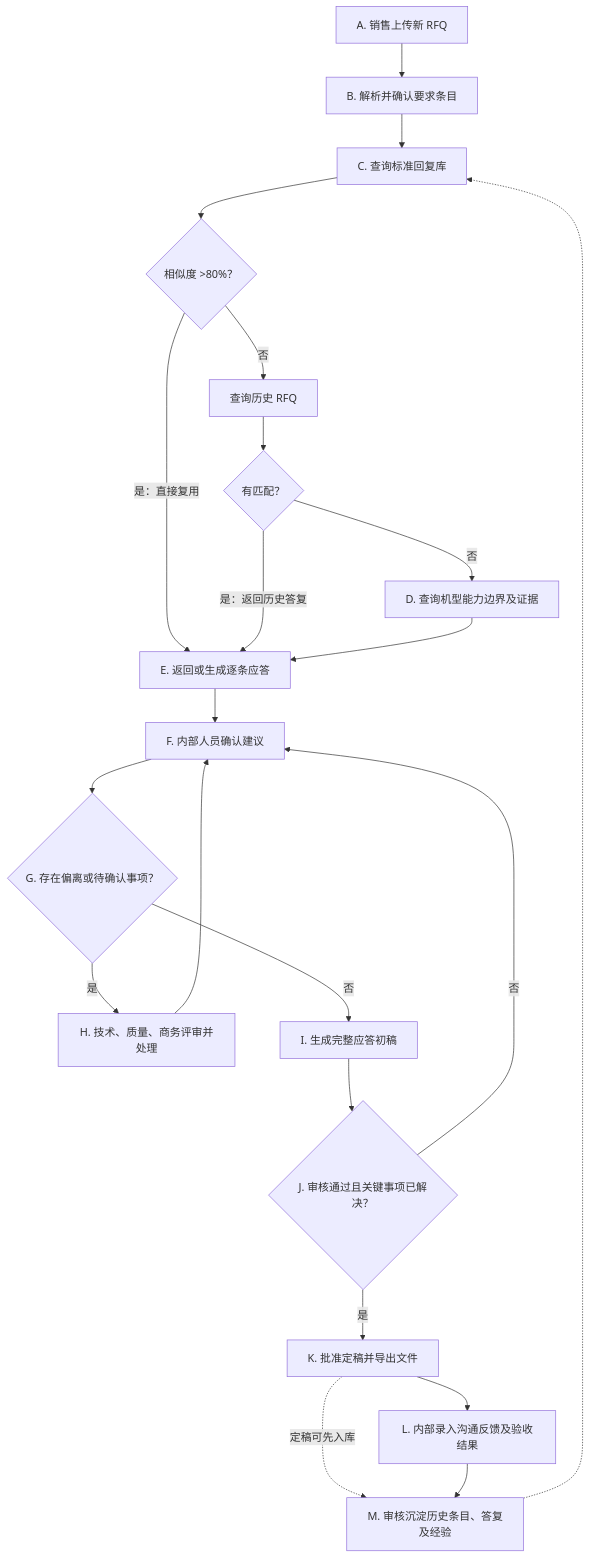
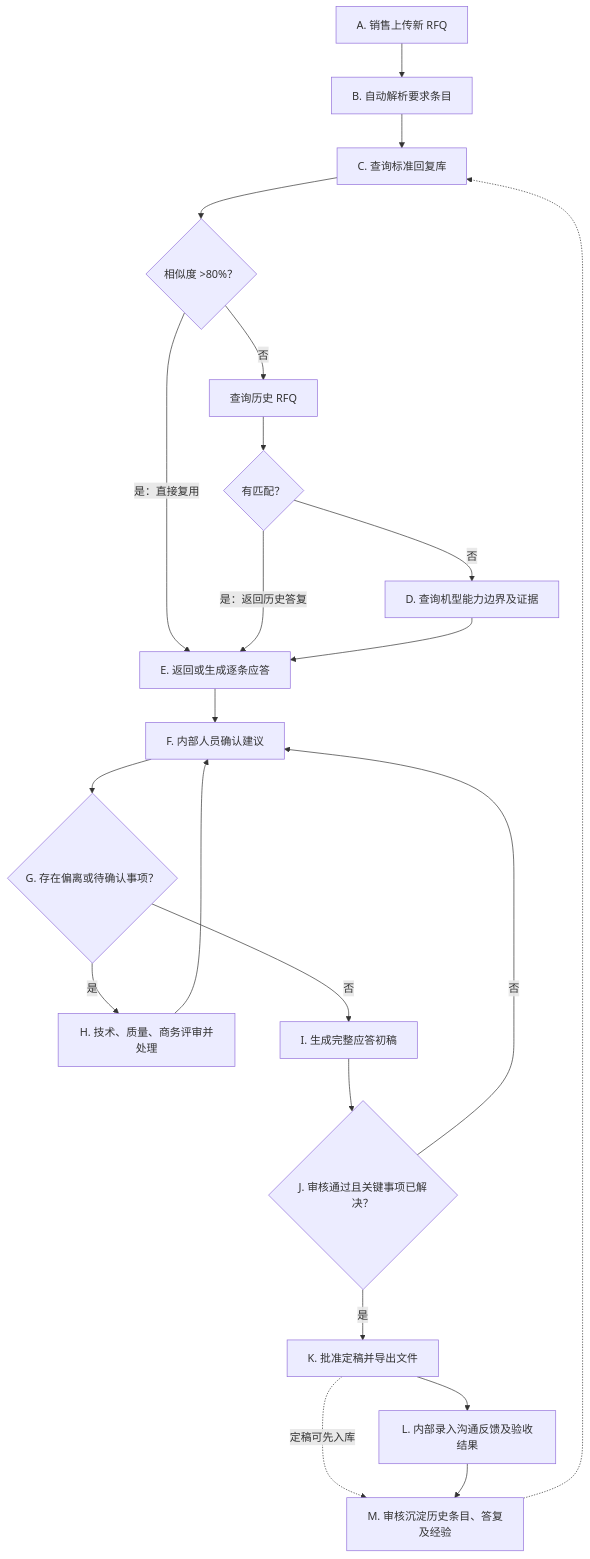
One commit to mingming11115/fep-rfq-agent changed the first of 3 diagrams in FEP销售RFQ提效Agent_PRD_v0.2.md. Above: the diagram before and after it, drawn with Mermaid. The commit also changed other lines of this file and 35 other files, not shown here.

````diff
--- a/FEP销售RFQ提效Agent_PRD_v0.2.md
+++ b/FEP销售RFQ提效Agent_PRD_v0.2.md
@@ -108,24 +113,24 @@
 ```mermaid
 flowchart TD
-    A["A. 销售上传新 RFQ"] --> B["B. 解析并确认要求条目"]
+    A["A. 销售上传新 RFQ"] --> B["B. 自动解析要求条目"]
     B --> C["C. 查询标准回复库"]
     C --> C1{"相似度 >80%？"}
     C1 -->|是：直接复用| E["E. 返回或生成逐条应答"]
     C1 -->|否| C2["查询历史 RFQ"]
     C2 --> C3{"有匹配？"}
     C3 -->|是：返回历史答复| E
     C3 -->|否| D["D. 查询机型能力边界及证据"]
     D --> E
     E --> F["F. 内部人员确认建议"]
     F --> G{"G. 存在偏离或待确认事项？"}
     G -->|是| H["H. 技术、质量、商务评审并处理"]
     H --> F
     G -->|否| I["I. 生成完整应答初稿"]
     I --> J{"J. 审核通过且关键事项已解决？"}
     J -->|否| F
     J -->|是| K["K. 批准定稿并导出文件"]
     K -.->|定稿可先入库| M
     K --> L["L. 内部录入沟通反馈及验收结果"]
     L --> M["M. 审核沉淀历史条目、答复及经验"]
     M -.-> C
 ```
````
